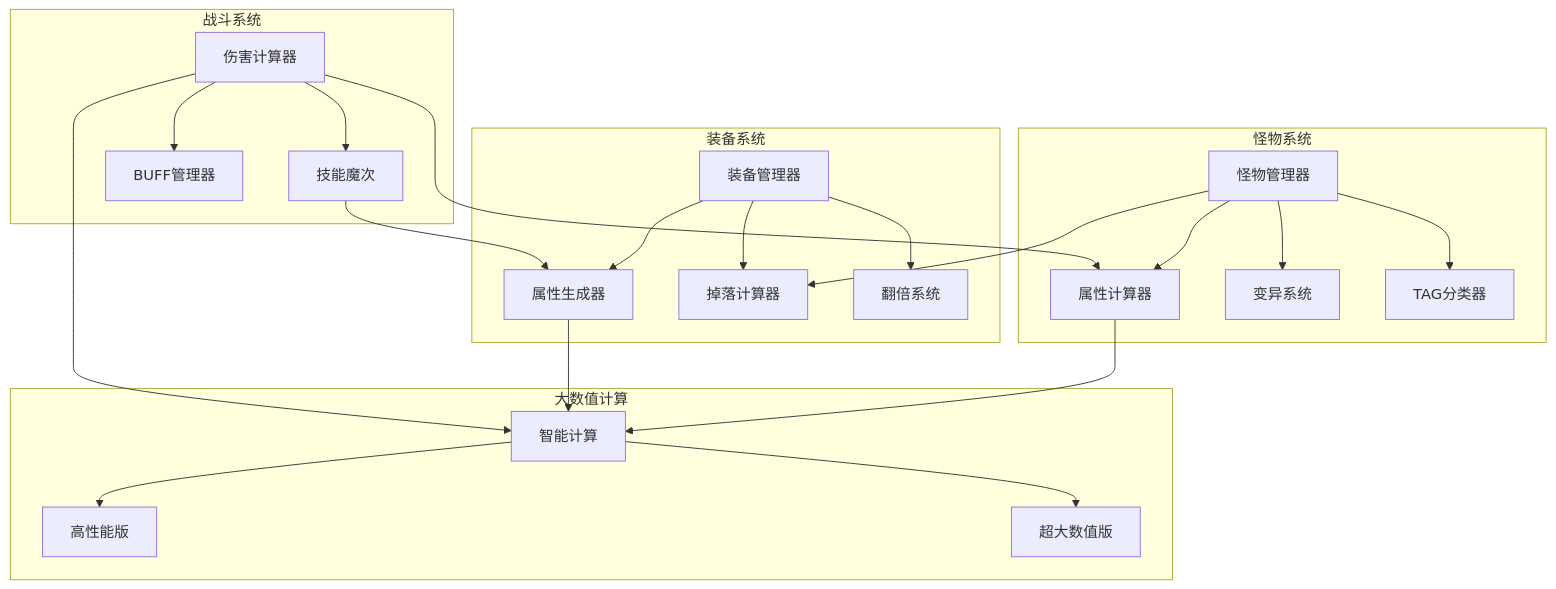
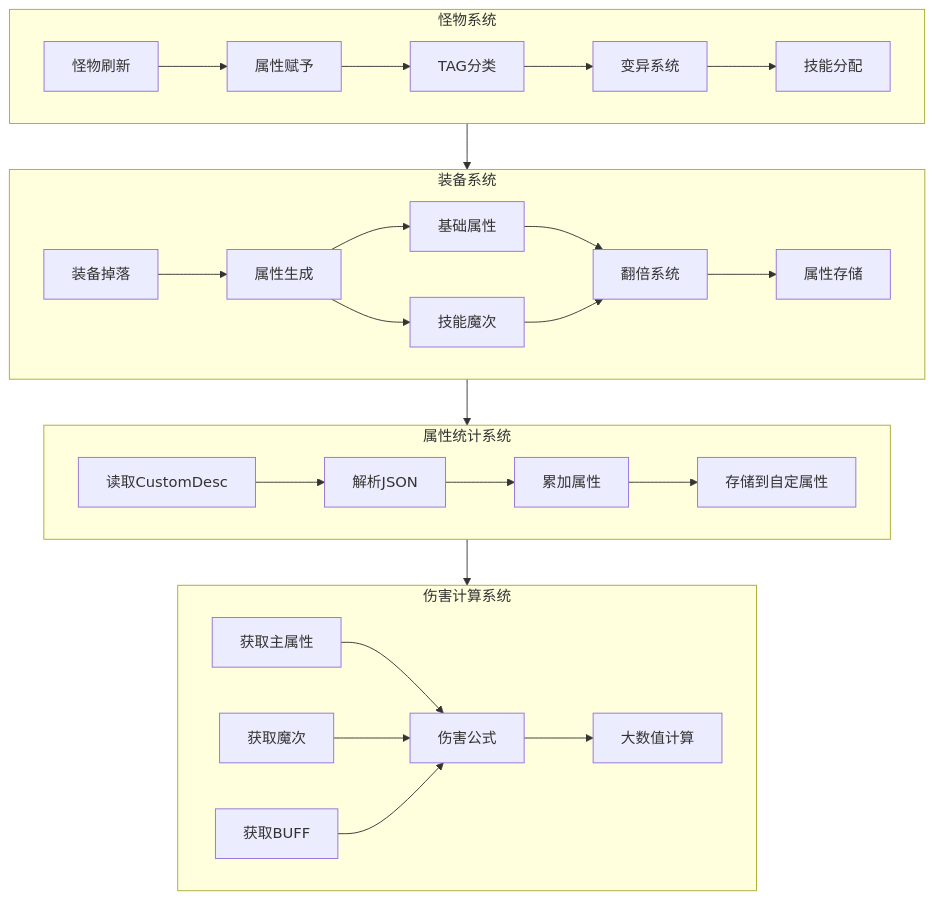
One commit to flierguo/wuxiankongbu changed the diagram in .kiro/specs/monster-equipment-system/design.md. Above: the diagram before and after it, drawn with Mermaid. The commit also changed other lines of this file and 6122 other files, not shown here.

````diff
--- a/.kiro/specs/monster-equipment-system/design.md
+++ b/.kiro/specs/monster-equipment-system/design.md
@@ -17,31 +11,35 @@
 ```mermaid
 graph TB
-    subgraph 怪物系统
-        MS[怪物管理器] --> MA[属性计算器]
-        MS --> MM[变异系统]
-        MS --> MT[TAG分类器]
+    subgraph Monster_System[怪物系统]
+        MR[怪物刷新] --> MA[属性赋予]
+        MA --> MT[TAG分类]
+        MT --> MV[变异系统]
+        MV --> MS[技能分配]
     end
     
-    subgraph 装备系统
-        ES[装备管理器] --> EA[属性生成器]
-        ES --> ED[掉落计算器]
-        ES --> AM[翻倍系统]
+    subgraph Equipment_System[装备系统]
+        ED[装备掉落] --> EG[属性生成]
+        EG --> EB[基础属性]
+        EG --> EM[技能魔次]
+        EB --> EF[翻倍系统]
+        EM --> EF
+        EF --> ES[属性存储]
     end
     
-    subgraph 战斗系统
-        DC[伤害计算器] --> SM[技能魔次]
-        DC --> BA[BUFF管理器]
+    subgraph Attribute_System[属性统计系统]
+        AR[读取CustomDesc] --> AP[解析JSON]
+        AP --> AC[累加属性]
+        AC --> AS[存储到自定属性]
     end
     
-    subgraph 大数值计算
-        BN[智能计算] --> HP[高性能版]
-        BN --> SL[超大数值版]
+    subgraph Damage_System[伤害计算系统]
+        DA[获取主属性] --> DC[伤害公式]
+        DM[获取魔次] --> DC
+        DB[获取BUFF] --> DC
+        DC --> DR[大数值计算]
     end
     
-    MS --> ED
-    DC --> MA
-    SM --> EA
-    MA --> BN
-    EA --> BN
-    DC --> BN
+    Monster_System --> Equipment_System
+    Equipment_System --> Attribute_System
+    Attribute_System --> Damage_System
 ```
````
